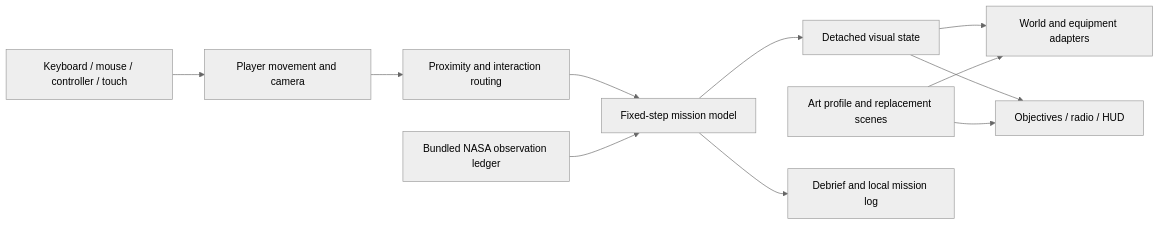
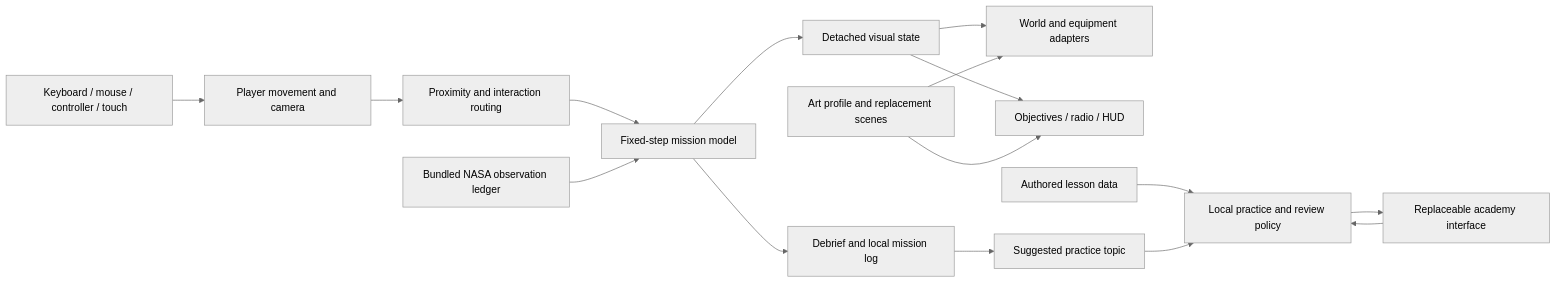
The diagram in docs/ARCHITECTURE.md (roshaninfordham/NASA-SPACE-APPS-HACKATHON-2026), drawn with Mermaid (neutral theme) before and after one commit. The commit also changed other lines of this file and 24 other files, not shown here.

````diff
--- a/docs/ARCHITECTURE.md
+++ b/docs/ARCHITECTURE.md
@@ -7,13 +9,18 @@
 ```mermaid
 flowchart LR
   Input[Keyboard / mouse / controller / touch] --> Player[Player movement and camera]
   Player --> Interactions[Proximity and interaction routing]
   Interactions --> Model[Fixed-step mission model]
   Sources[Bundled NASA observation ledger] --> Model
   Model --> Snapshot[Detached visual state]
   Snapshot --> World[World and equipment adapters]
   Snapshot --> HUD[Objectives / radio / HUD]
   Art[Art profile and replacement scenes] --> World
   Art --> HUD
   Model --> Debrief[Debrief and local mission log]
+  Debrief --> Support[Suggested practice topic]
+  Lessons[Authored lesson data] --> Tutor[Local practice and review policy]
+  Support --> Tutor
+  Tutor --> Academy[Replaceable academy interface]
+  Academy --> Tutor
 ```
````
